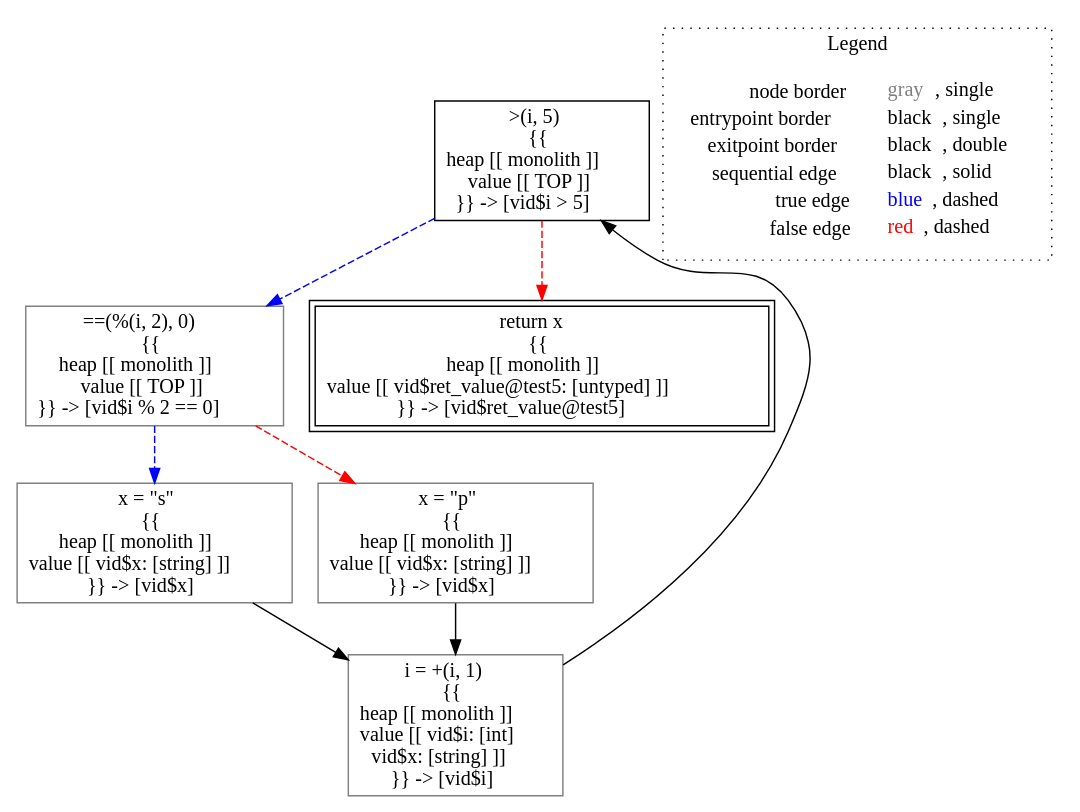
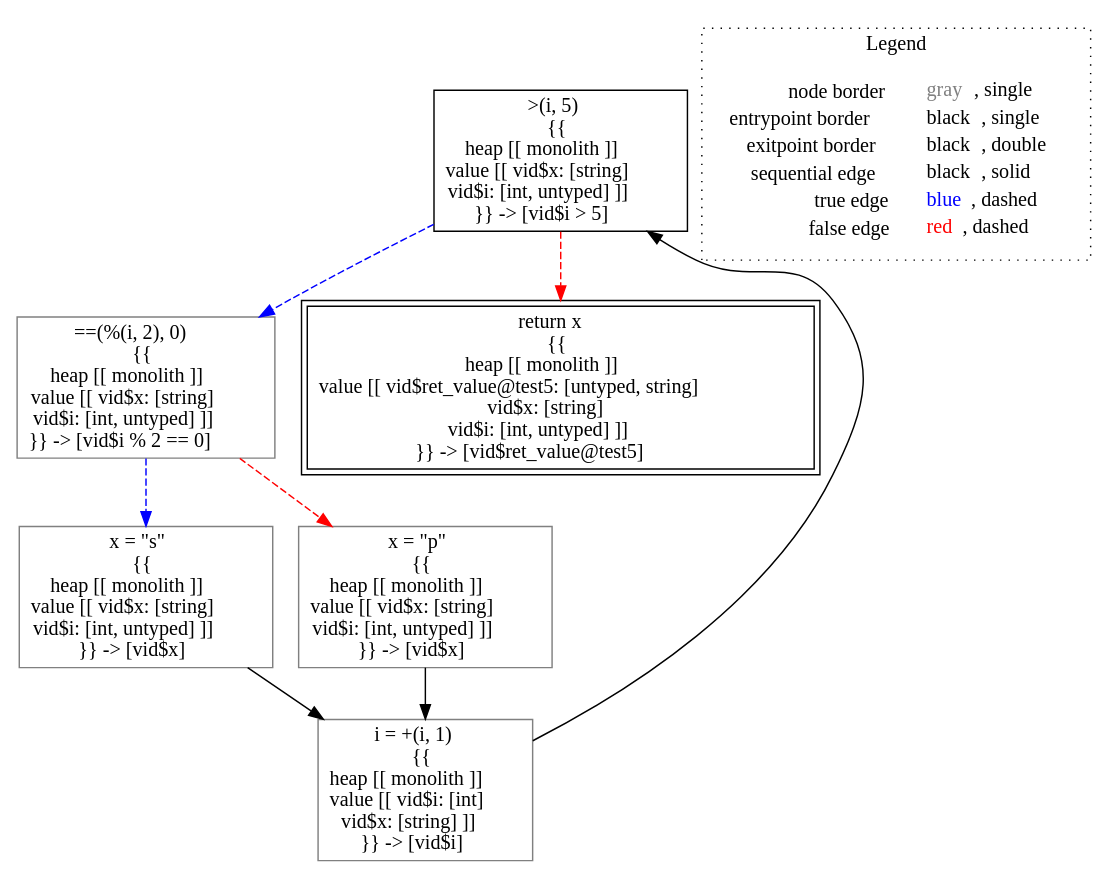
One commit to lisa-analyzer/lisa changed the diagram in lisa/imp-testcases/type-inference/typing___untyped_test5(untyped_i).dot. Above: the diagram before and after it, drawn with Graphviz. The commit also changed 18 other files, not shown here.

First line of the commit message:
PushAny for expressions creating top value

```diff
--- a/lisa/imp-testcases/type-inference/typing___untyped_test5(untyped_i).dot
+++ b/lisa/imp-testcases/type-inference/typing___untyped_test5(untyped_i).dot
@@ -1,22 +1,22 @@
 digraph {
-	"node0" [shape="rect",color="black",label=<&gt;(i, 5)<BR/>{{<BR/>heap [[ monolith ]]<BR/>value [[ TOP ]]<BR/>}} -&gt; [vid$i &gt; 5]>];
-	"node1" [shape="rect",color="gray",label=<==(%(i, 2), 0)<BR/>{{<BR/>heap [[ monolith ]]<BR/>value [[ TOP ]]<BR/>}} -&gt; [vid$i % 2 == 0]>];
-	"node2" [shape="rect",color="black",peripheries="2",label=<return x<BR/>{{<BR/>heap [[ monolith ]]<BR/>value [[ vid$ret_value@test5: [untyped] ]]<BR/>}} -&gt; [vid$ret_value@test5]>];
-	"node3" [shape="rect",color="gray",label=<x = &quot;s&quot;<BR/>{{<BR/>heap [[ monolith ]]<BR/>value [[ vid$x: [string] ]]<BR/>}} -&gt; [vid$x]>];
-	"node4" [shape="rect",color="gray",label=<x = &quot;p&quot;<BR/>{{<BR/>heap [[ monolith ]]<BR/>value [[ vid$x: [string] ]]<BR/>}} -&gt; [vid$x]>];
-	"node5" [shape="rect",color="gray",label=<i = +(i, 1)<BR/>{{<BR/>heap [[ monolith ]]<BR/>value [[ vid$i: [int]<BR/>vid$x: [string] ]]<BR/>}} -&gt; [vid$i]>];
-	"node1" -> "node3" [color="blue",style="dashed"];
-	"node1" -> "node4" [color="red",style="dashed"];
-	"node3" -> "node5" [color="black"];
-	"node0" -> "node1" [color="blue",style="dashed"];
-	"node0" -> "node2" [color="red",style="dashed"];
-	"node4" -> "node5" [color="black"];
-	"node5" -> "node0" [color="black"];
+	"node0" [shape="rect",color="black",label=<&gt;(i, 5)<BR/>{{<BR/>heap [[ monolith ]]<BR/>value [[ vid$x: [string]<BR/>vid$i: [int, untyped] ]]<BR/>}} -&gt; [vid$i &gt; 5]>];
+	"node1" [shape="rect",color="gray",label=<x = &quot;s&quot;<BR/>{{<BR/>heap [[ monolith ]]<BR/>value [[ vid$x: [string]<BR/>vid$i: [int, untyped] ]]<BR/>}} -&gt; [vid$x]>];
+	"node2" [shape="rect",color="gray",label=<x = &quot;p&quot;<BR/>{{<BR/>heap [[ monolith ]]<BR/>value [[ vid$x: [string]<BR/>vid$i: [int, untyped] ]]<BR/>}} -&gt; [vid$x]>];
+	"node3" [shape="rect",color="gray",label=<==(%(i, 2), 0)<BR/>{{<BR/>heap [[ monolith ]]<BR/>value [[ vid$x: [string]<BR/>vid$i: [int, untyped] ]]<BR/>}} -&gt; [vid$i % 2 == 0]>];
+	"node4" [shape="rect",color="gray",label=<i = +(i, 1)<BR/>{{<BR/>heap [[ monolith ]]<BR/>value [[ vid$i: [int]<BR/>vid$x: [string] ]]<BR/>}} -&gt; [vid$i]>];
+	"node5" [shape="rect",color="black",peripheries="2",label=<return x<BR/>{{<BR/>heap [[ monolith ]]<BR/>value [[ vid$ret_value@test5: [untyped, string]<BR/>vid$x: [string]<BR/>vid$i: [int, untyped] ]]<BR/>}} -&gt; [vid$ret_value@test5]>];
+	"node1" -> "node4" [color="black"];
+	"node0" -> "node3" [color="blue",style="dashed"];
+	"node0" -> "node5" [color="red",style="dashed"];
+	"node2" -> "node4" [color="black"];
+	"node3" -> "node1" [color="blue",style="dashed"];
+	"node3" -> "node2" [color="red",style="dashed"];
+	"node4" -> "node0" [color="black"];
 subgraph cluster_legend {
 	label="Legend";
 	style=dotted;
 	node [shape=plaintext];
 	"legend" [label=<<table border="0" cellpadding="2" cellspacing="0" cellborder="0"><tr><td align="right">node border&nbsp;</td><td align="left"><font color="gray">gray</font>, single</td></tr><tr><td align="right">entrypoint border&nbsp;</td><td align="left"><font color="black">black</font>, single</td></tr><tr><td align="right">exitpoint border&nbsp;</td><td align="left"><font color="black">black</font>, double</td></tr><tr><td align="right">sequential edge&nbsp;</td><td align="left"><font color="black">black</font>, solid</td></tr><tr><td align="right">true edge&nbsp;</td><td align="left"><font color="blue">blue</font>, dashed</td></tr><tr><td align="right">false edge&nbsp;</td><td align="left"><font color="red">red</font>, dashed</td></tr></table>>];
 }
 
 }
```
